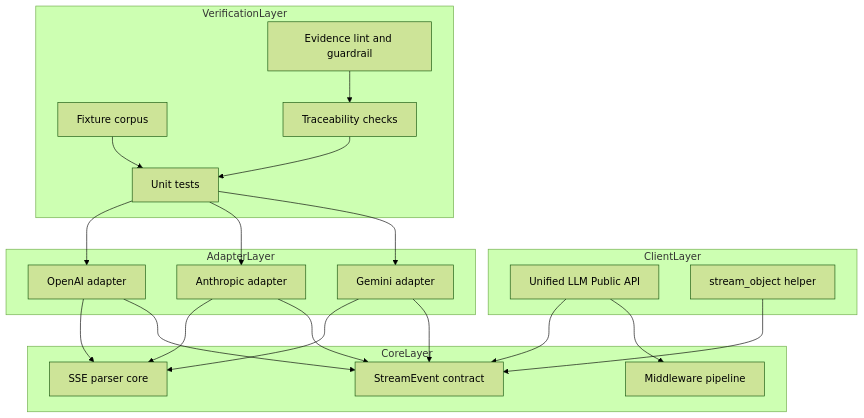
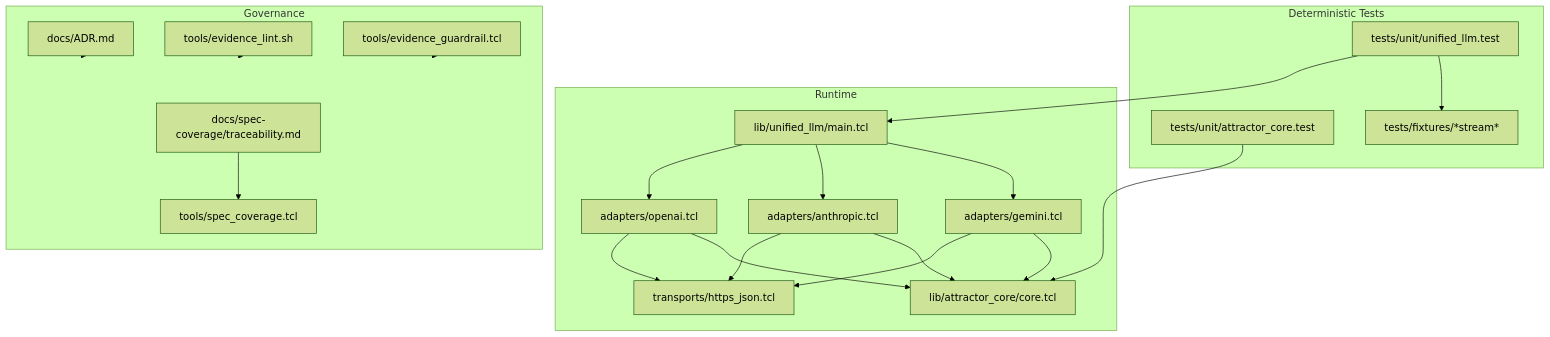
One commit to jaytaylor/attractor-tcl changed the fifth of 5 diagrams in docs/sprints/SPRINT-005-comprehensive-implementation-plan.md. Above: the diagram before and after it, drawn with Mermaid (forest theme). The commit also changed other lines of this file, not shown here.

Commit message:
docs(sprint-005): mark comprehensive plan executed with fresh evidence matrix

````diff
--- a/docs/sprints/SPRINT-005-comprehensive-implementation-plan.md
+++ b/docs/sprints/SPRINT-005-comprehensive-implementation-plan.md
@@ -1106,42 +1915,44 @@
 ```mermaid
 flowchart TB
-  subgraph ClientLayer
-    C1[Unified LLM Public API]
-    C2[stream_object helper]
+  subgraph Runtime[Runtime]
+    ULLM[lib/unified_llm/main.tcl]
+    OA[adapters/openai.tcl]
+    AN[adapters/anthropic.tcl]
+    GE[adapters/gemini.tcl]
+    CORE[lib/attractor_core/core.tcl]
+    TX[transports/https_json.tcl]
   end
 
-  subgraph CoreLayer
-    K1[StreamEvent contract]
-    K2[SSE parser core]
-    K3[Middleware pipeline]
+  subgraph Tests[Deterministic Tests]
+    UTEST[tests/unit/unified_llm.test]
+    CTEST[tests/unit/attractor_core.test]
+    FIX[tests/fixtures/*stream*]
   end
 
-  subgraph AdapterLayer
-    A1[OpenAI adapter]
-    A2[Anthropic adapter]
-    A3[Gemini adapter]
+  subgraph Governance[Governance]
+    TRACE[docs/spec-coverage/traceability.md]
+    ADR[docs/ADR.md]
+    EVID[tools/evidence_lint.sh]
+    GUARD[tools/evidence_guardrail.tcl]
+    COVER[tools/spec_coverage.tcl]
   end
 
-  subgraph VerificationLayer
-    V1[Unit tests]
-    V2[Fixture corpus]
-    V3[Traceability checks]
-    V4[Evidence lint and guardrail]
-  end
+  ULLM --> OA
+  ULLM --> AN
+  ULLM --> GE
+  OA --> TX
+  AN --> TX
+  GE --> TX
+  OA --> CORE
+  AN --> CORE
+  GE --> CORE
 
-  C1 --> K1
-  C1 --> K3
-  C2 --> K1
-  A1 --> K2
-  A2 --> K2
-  A3 --> K2
-  A1 --> K1
-  A2 --> K1
-  A3 --> K1
-  V1 --> A1
-  V1 --> A2
-  V1 --> A3
-  V2 --> V1
-  V3 --> V1
-  V4 --> V3
+  UTEST --> ULLM
+  UTEST --> FIX
+  CTEST --> CORE
+
+  TRACE --> COVER
+  ADR --> Governance
+  EVID --> Governance
+  GUARD --> Governance
 ```
````
